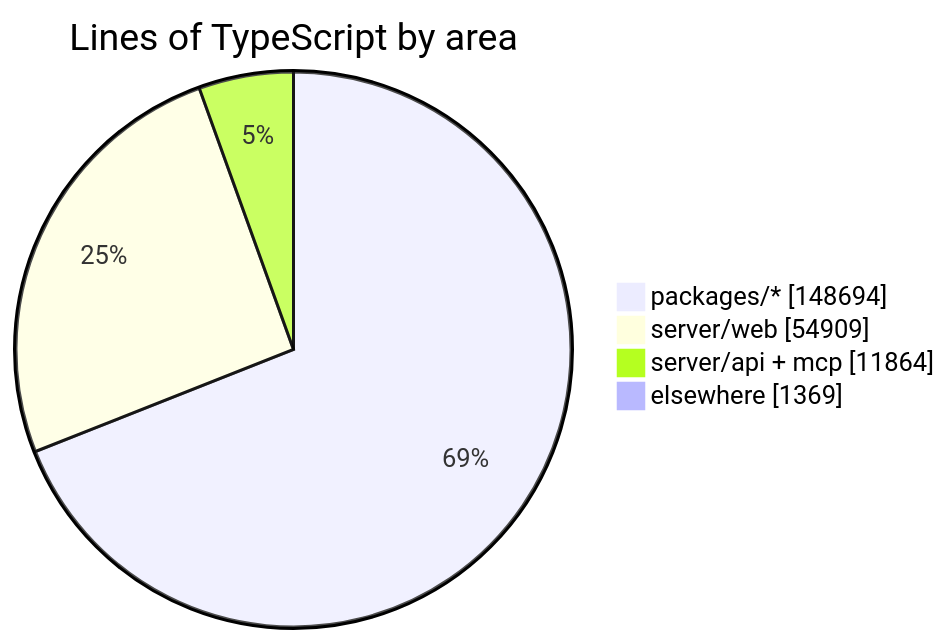
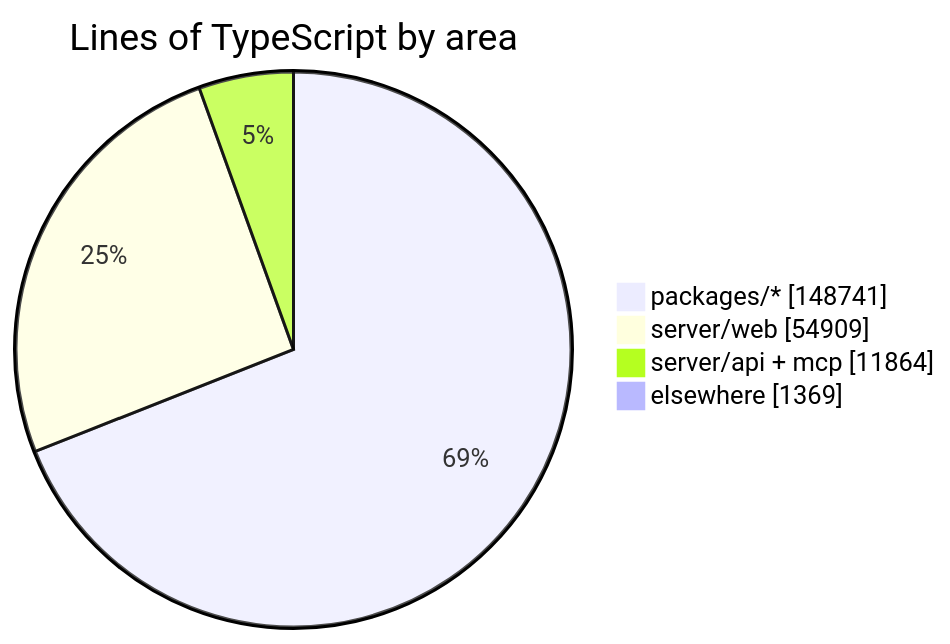
Before and after one commit to crossworks-engineering/mantle: the diagram in README.md, drawn with Mermaid. The commit also changed other lines of this file and 2 other files, not shown here.

````diff
--- a/README.md
+++ b/README.md
@@ -279,7 +279,7 @@
 ```mermaid
 pie showData title Lines of TypeScript by area
-    "packages/*" : 148694
+    "packages/*" : 148741
     "server/web" : 54909
     "server/api + mcp" : 11864
     "elsewhere" : 1369
 ```
````
